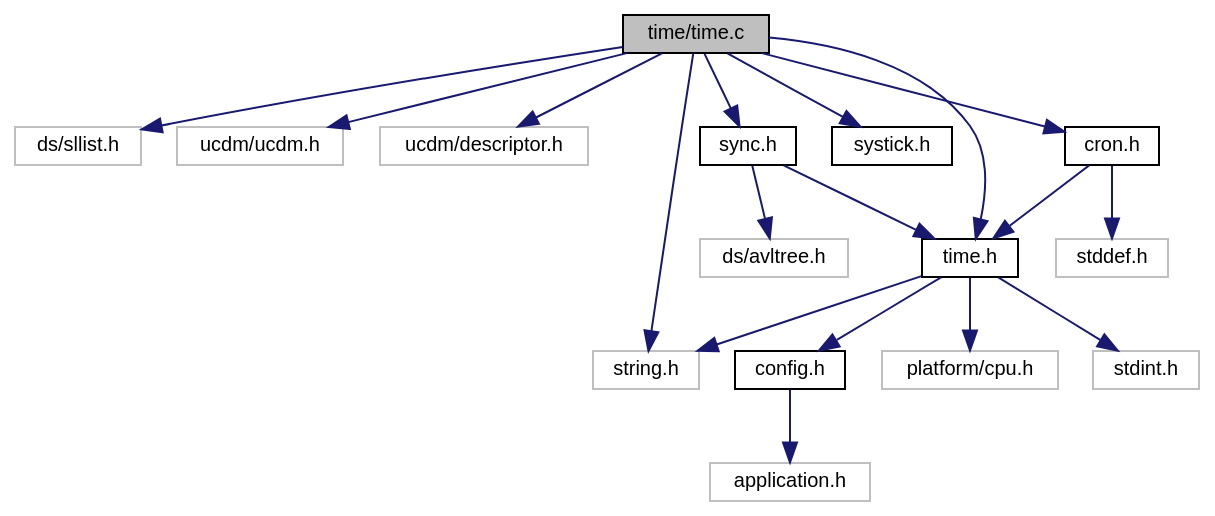
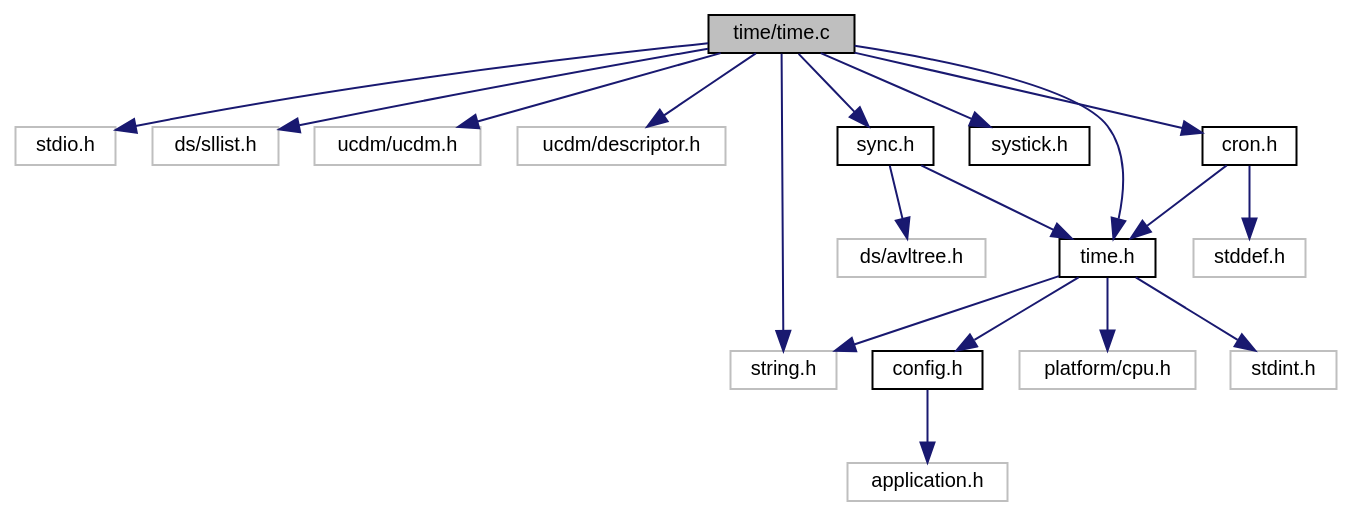
One commit to ebs-universe/piolib-time changed the diagram in time_8c__incl.dot. Above: the diagram before and after it, drawn with Graphviz. The commit also changed 69 other files, not shown here.

```diff
--- a/time_8c__incl.dot
+++ b/time_8c__incl.dot
@@ -1,40 +1,42 @@
 digraph "time/time.c"
 {
  // INTERACTIVE_SVG=YES
  // LATEX_PDF_SIZE
   bgcolor="transparent";
   edge [fontname="Helvetica",fontsize="10",labelfontname="Helvetica",labelfontsize="10"];
   node [fontname="Helvetica",fontsize="10",shape=record];
   Node1 [label="time/time.c",height=0.2,width=0.4,color="black", fillcolor="grey75", style="filled", fontcolor="black",tooltip="Time related function implementations."];
   Node1 -> Node2 [color="midnightblue",fontsize="10",style="solid",fontname="Helvetica"];
-  Node2 [label="ds/sllist.h",height=0.2,width=0.4,color="grey75",tooltip=" "];
+  Node2 [label="stdio.h",height=0.2,width=0.4,color="grey75",tooltip=" "];
   Node1 -> Node3 [color="midnightblue",fontsize="10",style="solid",fontname="Helvetica"];
-  Node3 [label="ucdm/ucdm.h",height=0.2,width=0.4,color="grey75",tooltip=" "];
+  Node3 [label="ds/sllist.h",height=0.2,width=0.4,color="grey75",tooltip=" "];
   Node1 -> Node4 [color="midnightblue",fontsize="10",style="solid",fontname="Helvetica"];
-  Node4 [label="ucdm/descriptor.h",height=0.2,width=0.4,color="grey75",tooltip=" "];
+  Node4 [label="ucdm/ucdm.h",height=0.2,width=0.4,color="grey75",tooltip=" "];
   Node1 -> Node5 [color="midnightblue",fontsize="10",style="solid",fontname="Helvetica"];
-  Node5 [label="string.h",height=0.2,width=0.4,color="grey75",tooltip=" "];
+  Node5 [label="ucdm/descriptor.h",height=0.2,width=0.4,color="grey75",tooltip=" "];
   Node1 -> Node6 [color="midnightblue",fontsize="10",style="solid",fontname="Helvetica"];
-  Node6 [label="time.h",height=0.2,width=0.4,color="black",URL="$time_8h.html",tooltip="Time related functions for embebedded systems."];
-  Node6 -> Node7 [color="midnightblue",fontsize="10",style="solid",fontname="Helvetica"];
-  Node7 [label="stdint.h",height=0.2,width=0.4,color="grey75",tooltip=" "];
-  Node6 -> Node5 [color="midnightblue",fontsize="10",style="solid",fontname="Helvetica"];
-  Node6 -> Node8 [color="midnightblue",fontsize="10",style="solid",fontname="Helvetica"];
-  Node8 [label="config.h",height=0.2,width=0.4,color="black",URL="$config_8h_source.html",tooltip=" "];
-  Node8 -> Node9 [color="midnightblue",fontsize="10",style="solid",fontname="Helvetica"];
-  Node9 [label="application.h",height=0.2,width=0.4,color="grey75",tooltip=" "];
-  Node6 -> Node10 [color="midnightblue",fontsize="10",style="solid",fontname="Helvetica"];
-  Node10 [label="platform/cpu.h",height=0.2,width=0.4,color="grey75",tooltip=" "];
-  Node1 -> Node11 [color="midnightblue",fontsize="10",style="solid",fontname="Helvetica"];
-  Node11 [label="systick.h",height=0.2,width=0.4,color="black",URL="$systick_8h_source.html",tooltip=" "];
+  Node6 [label="string.h",height=0.2,width=0.4,color="grey75",tooltip=" "];
+  Node1 -> Node7 [color="midnightblue",fontsize="10",style="solid",fontname="Helvetica"];
+  Node7 [label="time.h",height=0.2,width=0.4,color="black",URL="$time_8h.html",tooltip="Time related functions for embebedded systems."];
+  Node7 -> Node8 [color="midnightblue",fontsize="10",style="solid",fontname="Helvetica"];
+  Node8 [label="stdint.h",height=0.2,width=0.4,color="grey75",tooltip=" "];
+  Node7 -> Node6 [color="midnightblue",fontsize="10",style="solid",fontname="Helvetica"];
+  Node7 -> Node9 [color="midnightblue",fontsize="10",style="solid",fontname="Helvetica"];
+  Node9 [label="config.h",height=0.2,width=0.4,color="black",URL="$config_8h_source.html",tooltip=" "];
+  Node9 -> Node10 [color="midnightblue",fontsize="10",style="solid",fontname="Helvetica"];
+  Node10 [label="application.h",height=0.2,width=0.4,color="grey75",tooltip=" "];
+  Node7 -> Node11 [color="midnightblue",fontsize="10",style="solid",fontname="Helvetica"];
+  Node11 [label="platform/cpu.h",height=0.2,width=0.4,color="grey75",tooltip=" "];
   Node1 -> Node12 [color="midnightblue",fontsize="10",style="solid",fontname="Helvetica"];
-  Node12 [label="sync.h",height=0.2,width=0.4,color="black",URL="$sync_8h.html",tooltip="Time synchonization functions for embebedded systems."];
-  Node12 -> Node13 [color="midnightblue",fontsize="10",style="solid",fontname="Helvetica"];
-  Node13 [label="ds/avltree.h",height=0.2,width=0.4,color="grey75",tooltip=" "];
-  Node12 -> Node6 [color="midnightblue",fontsize="10",style="solid",fontname="Helvetica"];
-  Node1 -> Node14 [color="midnightblue",fontsize="10",style="solid",fontname="Helvetica"];
-  Node14 [label="cron.h",height=0.2,width=0.4,color="black",URL="$cron_8h.html",tooltip="Cron-like scheduling framework for embebedded systems."];
-  Node14 -> Node15 [color="midnightblue",fontsize="10",style="solid",fontname="Helvetica"];
-  Node15 [label="stddef.h",height=0.2,width=0.4,color="grey75",tooltip=" "];
-  Node14 -> Node6 [color="midnightblue",fontsize="10",style="solid",fontname="Helvetica"];
+  Node12 [label="systick.h",height=0.2,width=0.4,color="black",URL="$systick_8h_source.html",tooltip=" "];
+  Node1 -> Node13 [color="midnightblue",fontsize="10",style="solid",fontname="Helvetica"];
+  Node13 [label="sync.h",height=0.2,width=0.4,color="black",URL="$sync_8h.html",tooltip="Time synchonization functions for embebedded systems."];
+  Node13 -> Node14 [color="midnightblue",fontsize="10",style="solid",fontname="Helvetica"];
+  Node14 [label="ds/avltree.h",height=0.2,width=0.4,color="grey75",tooltip=" "];
+  Node13 -> Node7 [color="midnightblue",fontsize="10",style="solid",fontname="Helvetica"];
+  Node1 -> Node15 [color="midnightblue",fontsize="10",style="solid",fontname="Helvetica"];
+  Node15 [label="cron.h",height=0.2,width=0.4,color="black",URL="$cron_8h.html",tooltip="Cron-like scheduling framework for embebedded systems."];
+  Node15 -> Node16 [color="midnightblue",fontsize="10",style="solid",fontname="Helvetica"];
+  Node16 [label="stddef.h",height=0.2,width=0.4,color="grey75",tooltip=" "];
+  Node15 -> Node7 [color="midnightblue",fontsize="10",style="solid",fontname="Helvetica"];
 }
```
